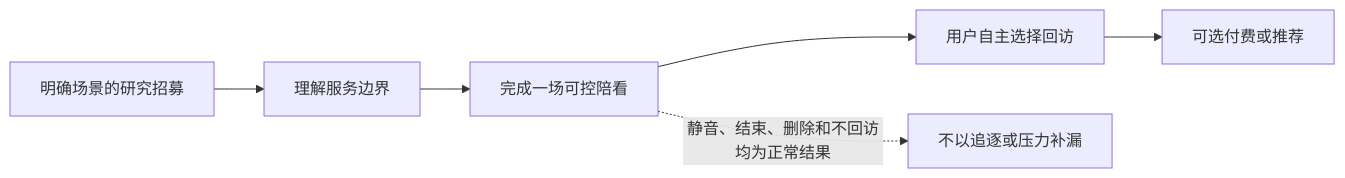
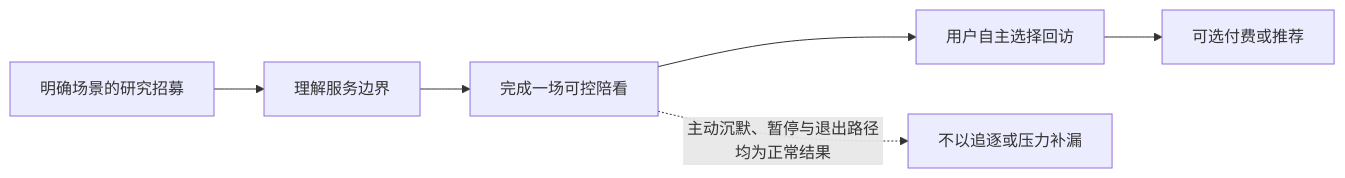
One commit to weiz98417-crypto/qiuqiu changed the diagram in docs/球球全套资料/7.运维与增长/63-增长漏斗与留存机制.md. Above: the diagram before and after it, drawn with Mermaid. The commit also changed other lines of this file and 7 other files, not shown here.

````diff
--- a/docs/球球全套资料/7.运维与增长/63-增长漏斗与留存机制.md
+++ b/docs/球球全套资料/7.运维与增长/63-增长漏斗与留存机制.md
@@ -9,8 +8,8 @@
 ```mermaid
 flowchart LR
     A[明确场景的研究招募] --> B[理解服务边界]
     B --> C[完成一场可控陪看]
     C --> D[用户自主选择回访]
     D --> E[可选付费或推荐]
-    C -.静音、结束、删除和不回访均为正常结果.-> F[不以追逐或压力补漏]
+    C -.主动沉默、暂停与退出路径均为正常结果.-> F[不以追逐或压力补漏]
 ```
````
